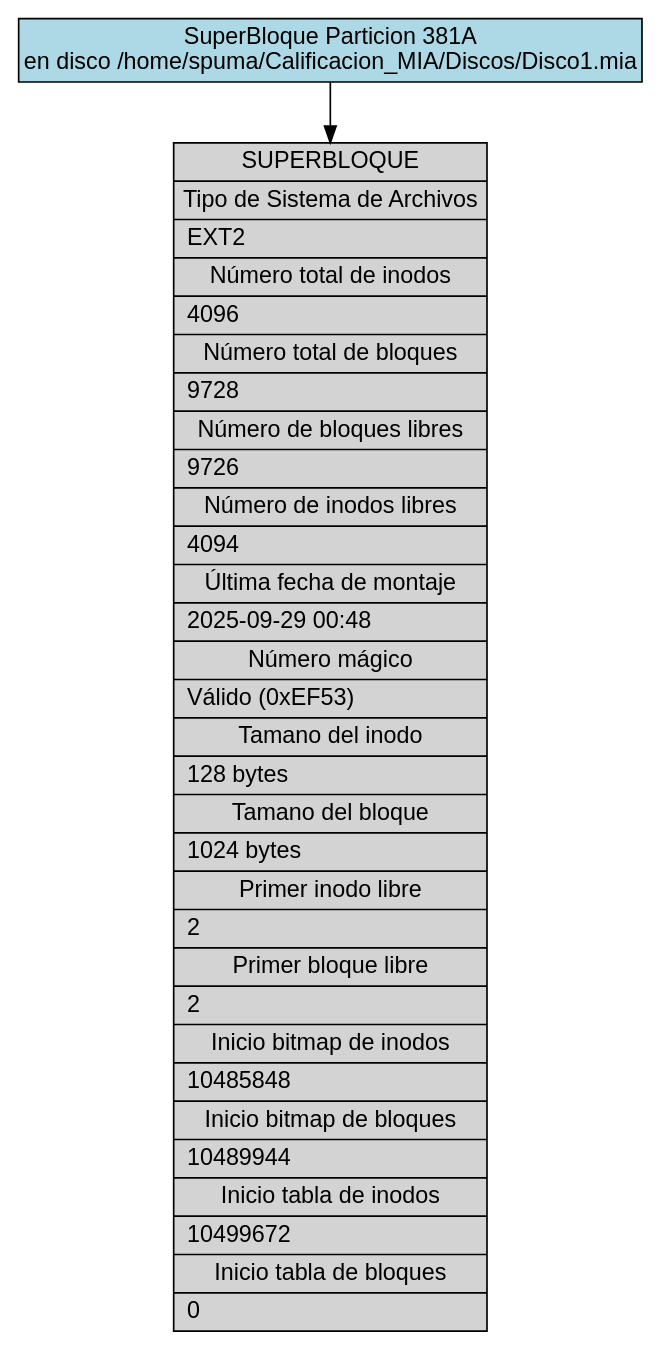
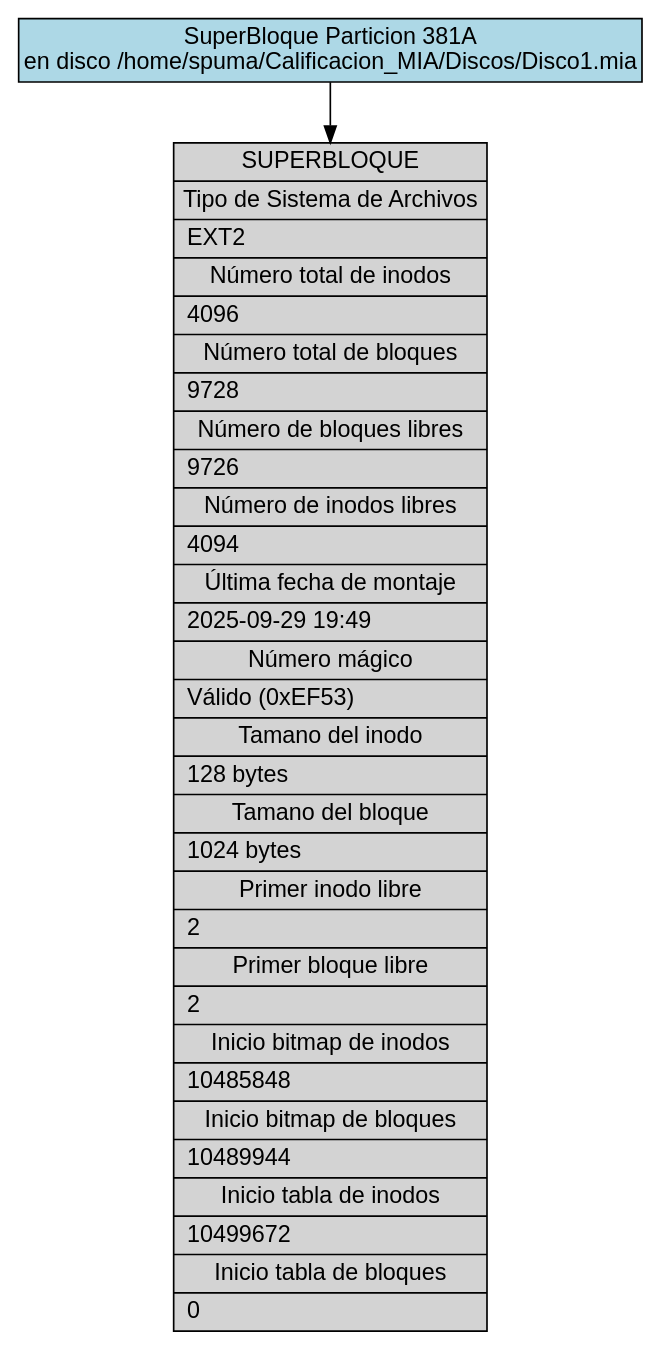
One commit to DiegVas/MIA_2S2025_P2_202300638 changed the diagram in backend/provider/reports/src/sb_381A.dot. Above: the diagram before and after it, drawn with Graphviz. The commit also changed 55 other files, not shown here.

```diff
--- a/backend/provider/reports/src/sb_381A.dot
+++ b/backend/provider/reports/src/sb_381A.dot
@@ -1,13 +1,13 @@
 digraph Superblock_Report {
     rankdir=TB;
     node [shape=record, fontname="Arial"];
     edge [fontname="Arial"];
     graph [fontname="Arial"];
 
     title [label="SuperBloque Particion 381A\nen disco /home/spuma/Calificacion_MIA/Discos/Disco1.mia", shape=box, style=filled, fillcolor=lightblue];
 
-    superblock [label="{SUPERBLOQUE|Tipo de Sistema de Archivos|EXT2\l|Número total de inodos|4096\l|Número total de bloques|9728\l|Número de bloques libres|9726\l|Número de inodos libres|4094\l|Última fecha de montaje|2025-09-29 00:48\l|Número mágico|Válido (0xEF53)\l|Tamano del inodo|128 bytes\l|Tamano del bloque|1024 bytes\l|Primer inodo libre|2\l|Primer bloque libre|2\l|Inicio bitmap de inodos|10485848\l|Inicio bitmap de bloques|10489944\l|Inicio tabla de inodos|10499672\l|Inicio tabla de bloques|0\l}", style=filled, fillcolor=lightgray];
+    superblock [label="{SUPERBLOQUE|Tipo de Sistema de Archivos|EXT2\l|Número total de inodos|4096\l|Número total de bloques|9728\l|Número de bloques libres|9726\l|Número de inodos libres|4094\l|Última fecha de montaje|2025-09-29 19:49\l|Número mágico|Válido (0xEF53)\l|Tamano del inodo|128 bytes\l|Tamano del bloque|1024 bytes\l|Primer inodo libre|2\l|Primer bloque libre|2\l|Inicio bitmap de inodos|10485848\l|Inicio bitmap de bloques|10489944\l|Inicio tabla de inodos|10499672\l|Inicio tabla de bloques|0\l}", style=filled, fillcolor=lightgray];
 
     title -> superblock;
 
 }
```
